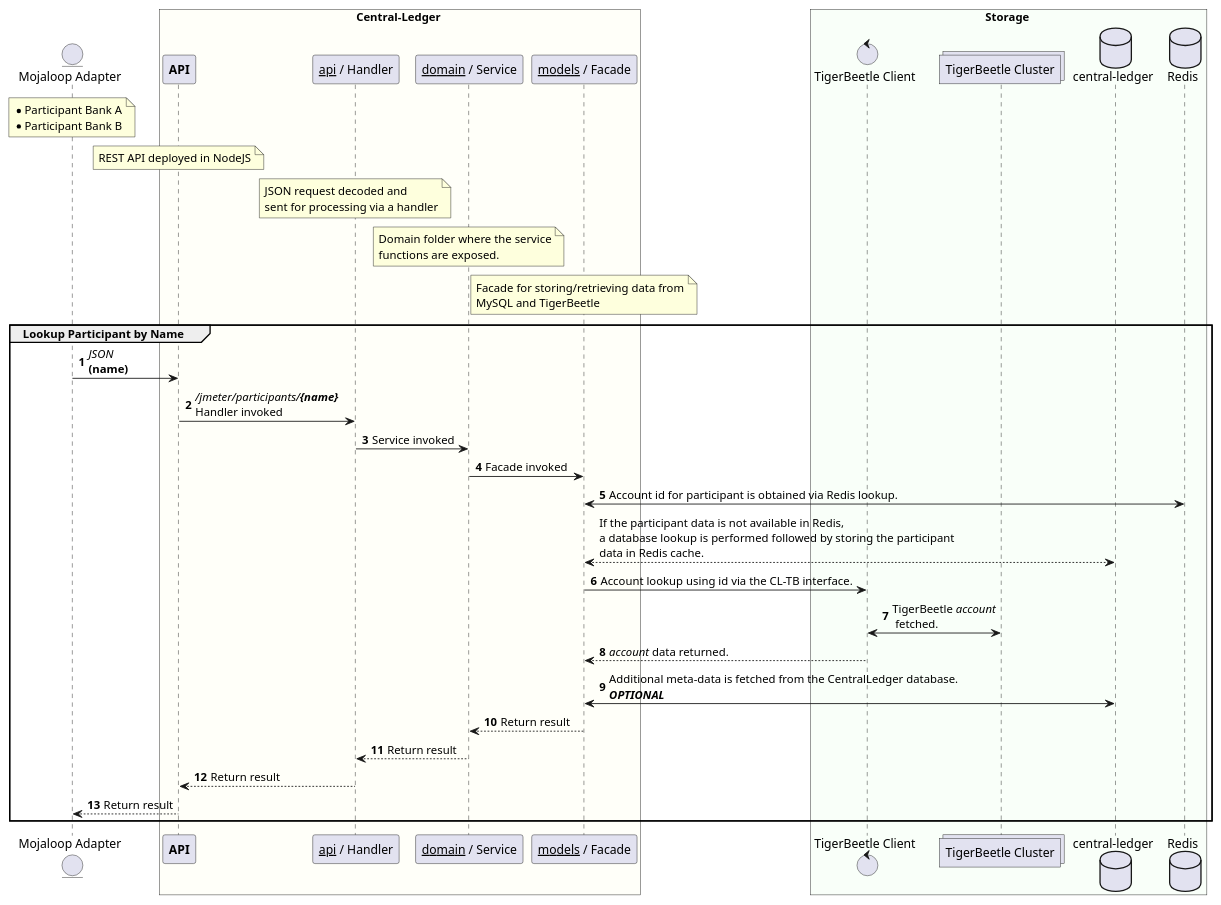
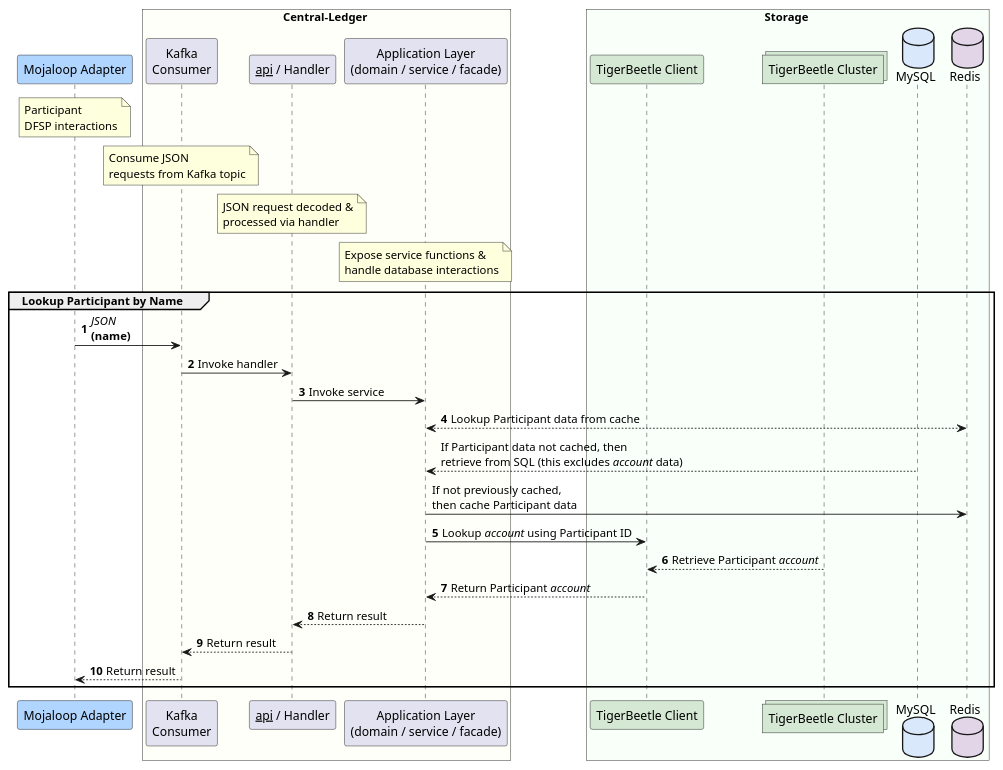
Before and after one commit to coilhq/mucoa: the diagram in solution_design/sequence-participant-tb-enabled-lookup.puml, drawn with PlantUML. The commit also changed 9 other files, not shown here.

Commit message:
Peer review & updates: (1) architecture diagram (2) seq diagrams (3) added TODOs and need to continue from the Transfers seq diagram and description

```diff
--- a/solution_design/sequence-participant-tb-enabled-lookup.puml
+++ b/solution_design/sequence-participant-tb-enabled-lookup.puml
@@ -1,62 +1,55 @@
 @startuml
 
-entity "Mojaloop Adapter" as dfsp
+participant "Mojaloop Adapter" as dfsp #B0D5FF
 note over dfsp
-    * Participant Bank A
-    * Participant Bank B
+    Participant
+    DFSP interactions
 end note
 
 box Central-Ledger #FFFFF9
-    participant "**API**" as cl_api
-    participant "__api__ / Handler" as cl_handler
-    participant "__domain__ / Service" as cl_domain
-    participant "__models__ / Facade" as cl_facade
+    participant "Kafka\nConsumer" as cl_consume_kafka
+        participant "__api__ / Handler" as cl_handler
+        participant "Application Layer\n(domain / service / facade)" as cl_domain
 
-    note over cl_api
-        REST API deployed in NodeJS
-    end note
-
-    note over cl_handler
-        JSON request decoded and
-        sent for processing via a handler
-    end note
-
-    note over cl_domain
-        Domain folder where the service
-        functions are exposed.
-    end note
-
-    note over cl_facade
-        Facade for storing/retrieving data from
-        MySQL and TigerBeetle
-    end note
+        note over cl_consume_kafka
+            Consume JSON
+            requests from Kafka topic
+        end note
+    
+        note over cl_handler
+            JSON request decoded &
+            processed via handler
+        end note
+    
+        note over cl_domain
+            Expose service functions &
+            handle database interactions
+        end note
 end box
 
 box Storage #F9FFF9
-    control "TigerBeetle Client" as tb_client
-    collections "TigerBeetle Cluster" as tb_nodes
-    database "central-ledger" as cl_db
-    database "Redis" as redis_cache
+	Participant "TigerBeetle Client" as tb_client #D5E8D4
+    collections "TigerBeetle Cluster" as tb_nodes #D5E8D4
+	database "MySQL" as cl_db #DAE8FC
+	database "Redis" as redis_cache #E1D5E7
 end box
 
 autonumber
 group Lookup Participant by Name
-    dfsp -> cl_api : //JSON// \n**(name)**
-    cl_api -> cl_handler : ///jmeter/participants/**{name}**// \nHandler invoked
-    cl_handler -> cl_domain : Service invoked
-    cl_domain -> cl_facade : Facade invoked
-    cl_facade <-> redis_cache : Account id for participant is obtained via Redis lookup.
+    dfsp -> cl_consume_kafka : //JSON// \n**(name)**
+    cl_consume_kafka -> cl_handler : Invoke handler
+    cl_handler -> cl_domain : Invoke service
+    cl_domain <--> redis_cache : Lookup Participant data from cache
     autonumber stop
-    cl_facade <--> cl_db : If the participant data is not available in Redis, \na database lookup is performed followed by storing the participant\ndata in Redis cache.
+    cl_domain <-- cl_db : If Participant data not cached, then \nretrieve from SQL (this excludes //account// data)
+    cl_domain -> redis_cache : If not previously cached, \nthen cache Participant data
     autonumber resume
-    cl_facade -> tb_client : Account lookup using id via the CL-TB interface.
-    tb_client <-> tb_nodes : TigerBeetle //account//\n fetched.
-    tb_client --> cl_facade : //account// data returned.
-    cl_facade <-> cl_db : Additional meta-data is fetched from the CentralLedger database.\n**//OPTIONAL//**
-    cl_facade --> cl_domain : Return result
+    cl_domain -> tb_client : Lookup //account// using Participant ID
+    tb_client <-- tb_nodes : Retrieve Participant //account//
+    tb_client --> cl_domain : Return Participant //account//
     cl_domain --> cl_handler : Return result
-    cl_handler --> cl_api : Return result
-    cl_api --> dfsp : Return result
+    cl_handler --> cl_consume_kafka : Return result
+    cl_consume_kafka --> dfsp : Return result
 end
 
 @enduml
```
